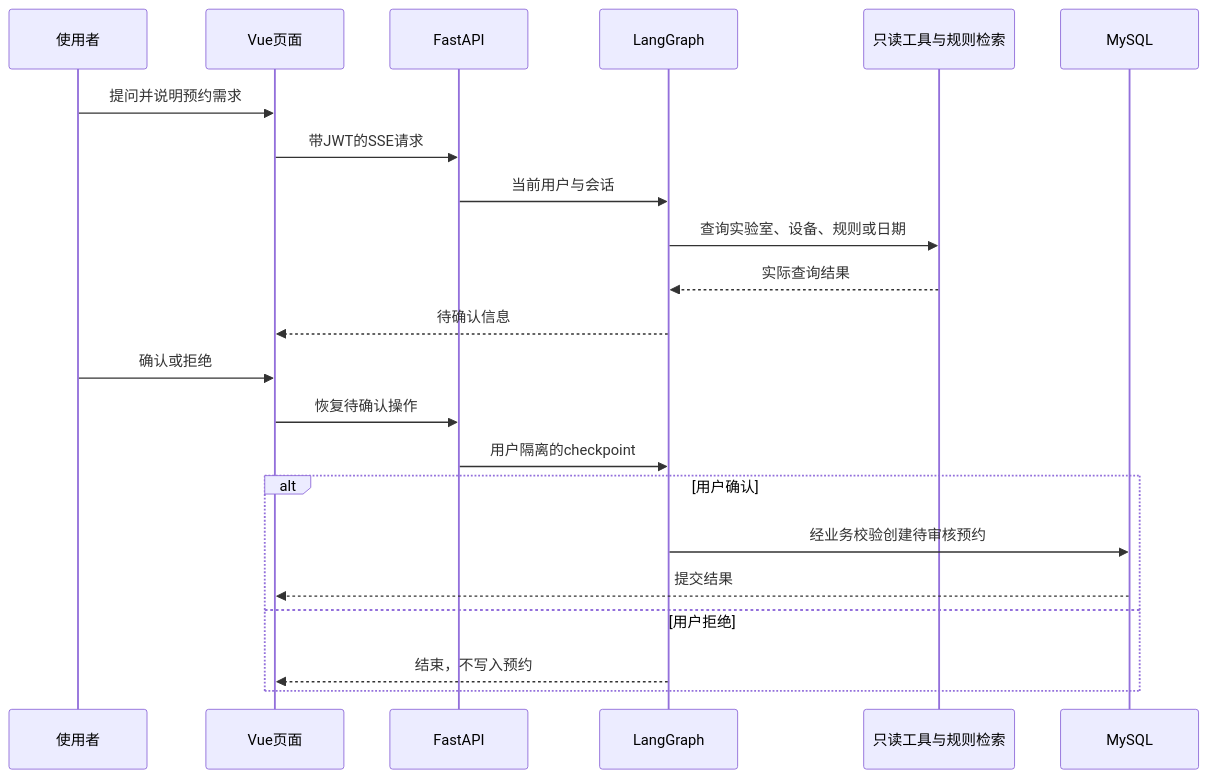
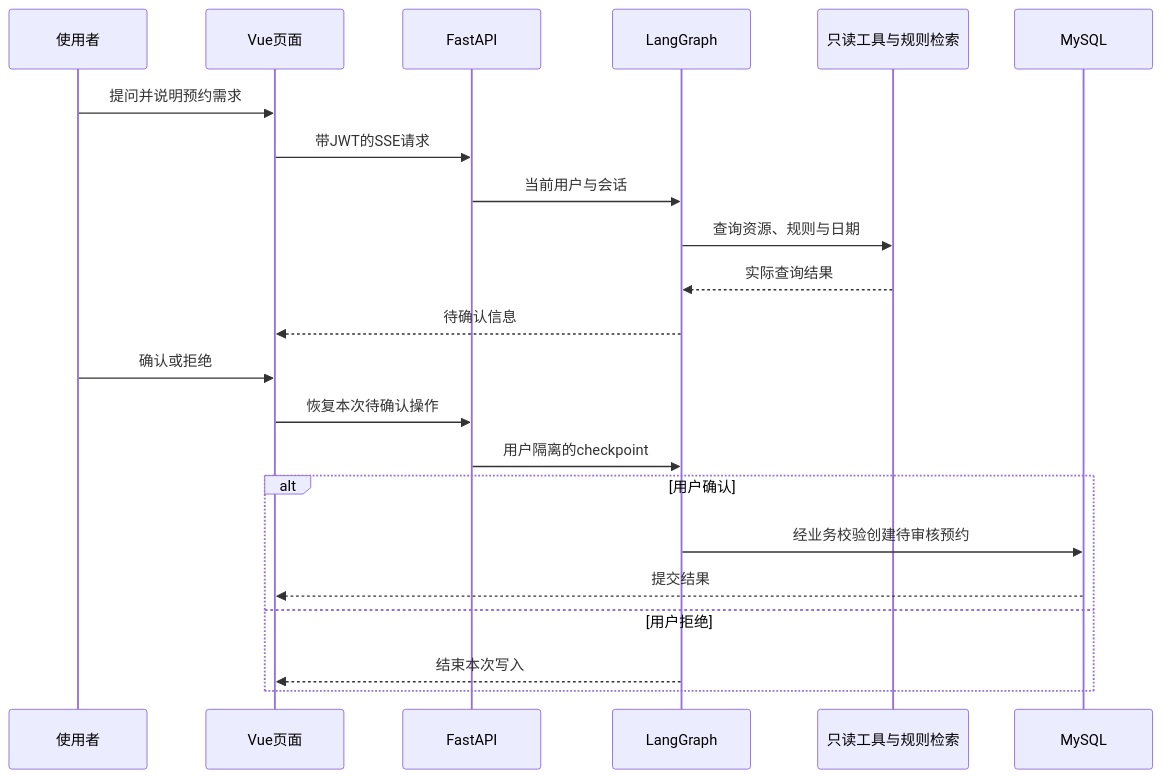
The first of 2 diagrams in docs/ARCHITECTURE.md (liuhao-qaintu/labflow), drawn with Mermaid before and after one commit. The commit also changed other lines of this file and 9 other files, not shown here.

Commit message:
docs: expand labFLow project guide and workflow diagrams

````diff
--- a/docs/ARCHITECTURE.md
+++ b/docs/ARCHITECTURE.md
@@ -5,24 +20,24 @@
 ```mermaid
 sequenceDiagram
-  participant U as 使用者
-  participant F as Vue页面
-  participant A as FastAPI
-  participant G as LangGraph
-  participant T as 只读工具与规则检索
-  participant D as MySQL
-  U->>F: 提问并说明预约需求
-  F->>A: 带JWT的SSE请求
-  A->>G: 当前用户与会话
-  G->>T: 查询实验室、设备、规则或日期
-  T-->>G: 实际查询结果
-  G-->>F: 待确认信息
-  U->>F: 确认或拒绝
-  F->>A: 恢复待确认操作
-  A->>G: 用户隔离的checkpoint
-  alt 用户确认
-    G->>D: 经业务校验创建待审核预约
-    D-->>F: 提交结果
-  else 用户拒绝
-    G-->>F: 结束，不写入预约
-  end
+    participant U as 使用者
+    participant F as Vue页面
+    participant A as FastAPI
+    participant G as LangGraph
+    participant T as 只读工具与规则检索
+    participant D as MySQL
+    U->>F: 提问并说明预约需求
+    F->>A: 带JWT的SSE请求
+    A->>G: 当前用户与会话
+    G->>T: 查询资源、规则与日期
+    T-->>G: 实际查询结果
+    G-->>F: 待确认信息
+    U->>F: 确认或拒绝
+    F->>A: 恢复本次待确认操作
+    A->>G: 用户隔离的checkpoint
+    alt 用户确认
+        G->>D: 经业务校验创建待审核预约
+        D-->>F: 提交结果
+    else 用户拒绝
+        G-->>F: 结束本次写入
+    end
 ```
````
